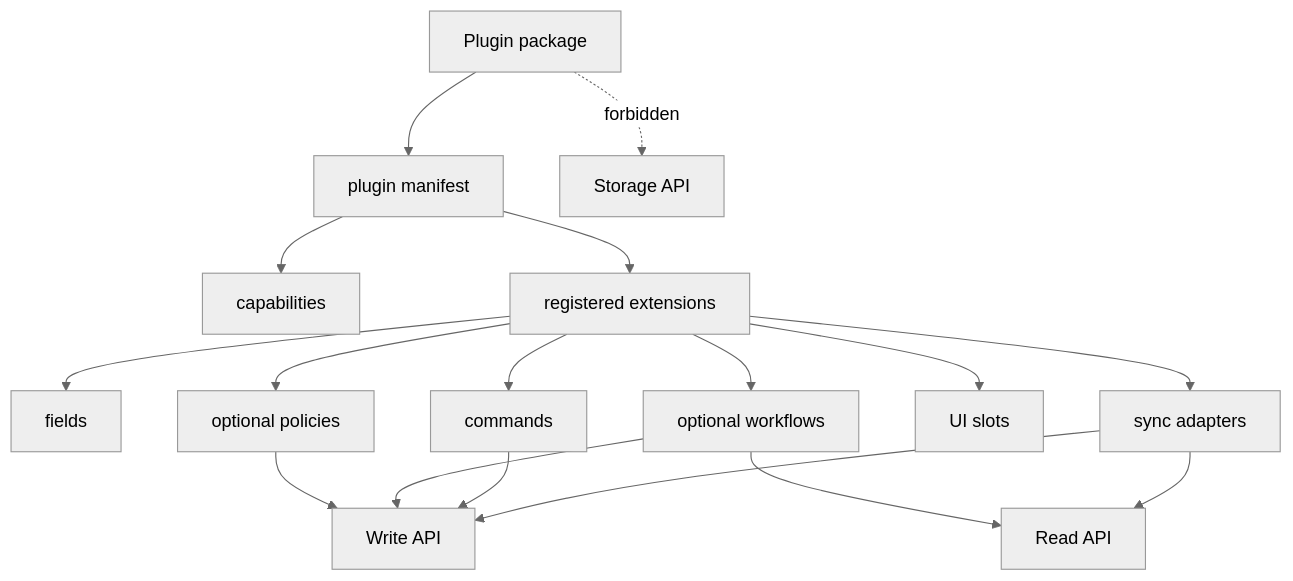
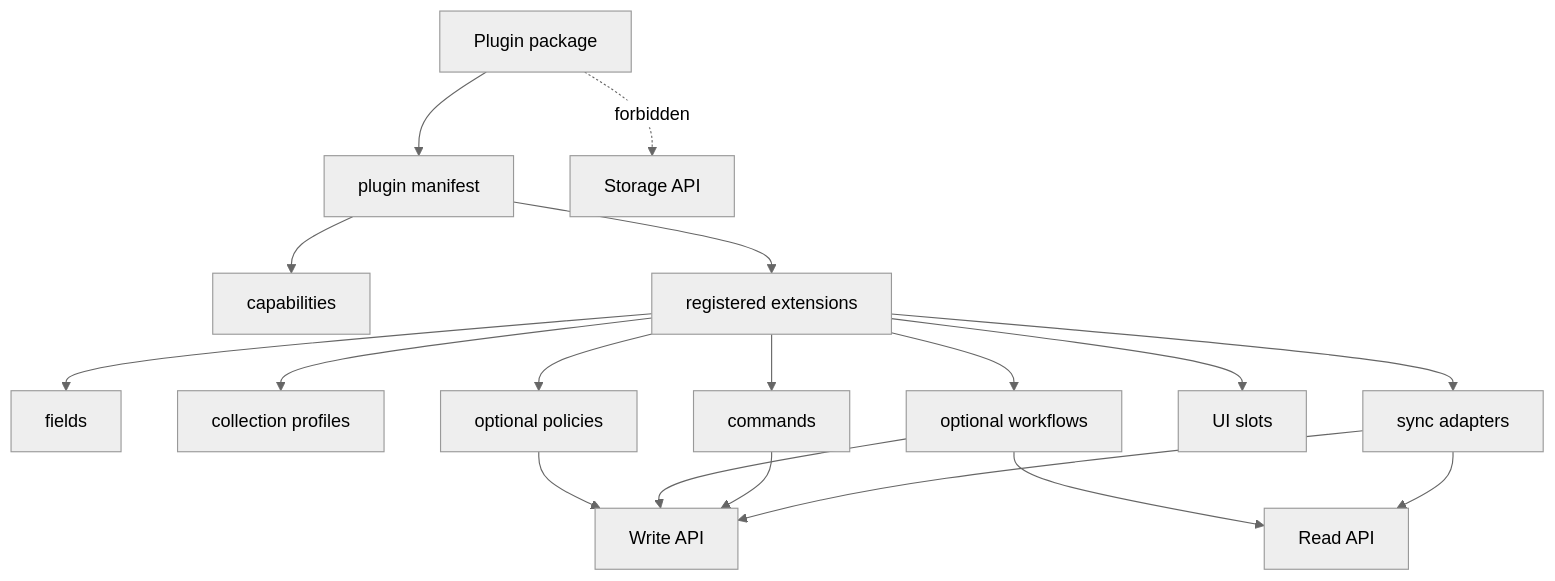
Before and after one commit to danekm/bare-crm: the diagram in docs/plugins.md, drawn with Mermaid (neutral theme). The commit also changed other lines of this file and 233 other files, not shown here.

````diff
--- a/docs/plugins.md
+++ b/docs/plugins.md
@@ -20,22 +22,23 @@
 ```mermaid
 flowchart TB
   Plugin["Plugin package"] --> Manifest["plugin manifest"]
   Manifest --> Capabilities["capabilities"]
   Manifest --> Extensions["registered extensions"]
 
   Extensions --> Fields["fields"]
+  Extensions --> CollectionProfiles["collection profiles"]
   Extensions --> Policies["optional policies"]
   Extensions --> Workflows["optional workflows"]
   Extensions --> Commands["commands"]
   Extensions --> UISlots["UI slots"]
   Extensions --> Syncs["sync adapters"]
 
   Policies --> Write["Write API"]
   Workflows --> Read["Read API"]
   Workflows --> Write
   Commands --> Write
   Syncs --> Write
   Syncs --> Read
 
   Plugin -.forbidden.-> Storage["Storage API"]
 ```
````
